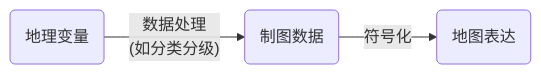
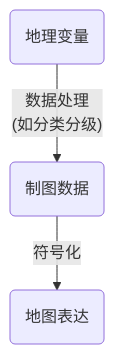
Before and after one commit to Linho1219/LinhoNotes: the diagram in 测绘工程/地图制图基础/2-地图数据源.md, drawn with Mermaid. The commit also changed 3 other files, not shown here.

Commit message:
制图综合补全

````diff
--- a/测绘工程/地图制图基础/2-地图数据源.md
+++ b/测绘工程/地图制图基础/2-地图数据源.md
@@ -11,8 +11,8 @@
 ```mermaid
-flowchart LR
+flowchart TB
     a("地理变量")
     a -- 数据处理<br>(如分类分级) --> b
     b("制图数据")
     b -- 符号化 --> c
     c("地图表达")
 ```
````
